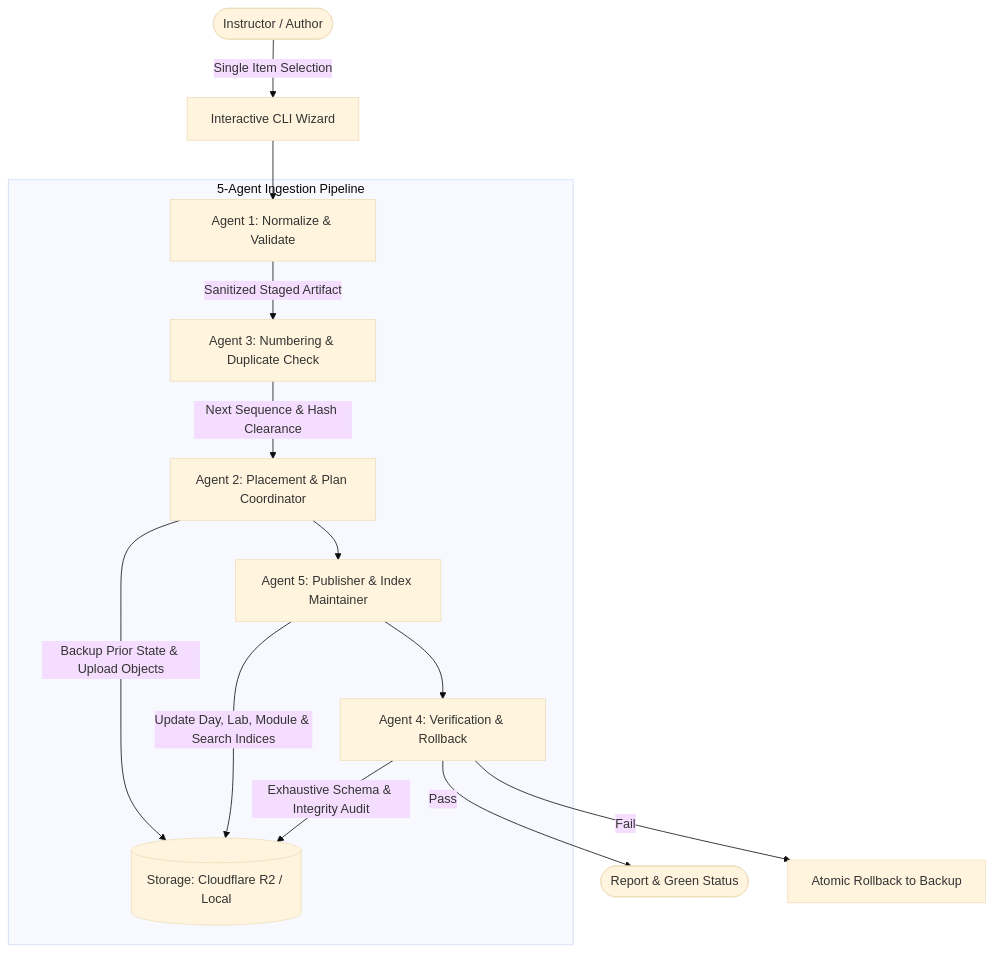
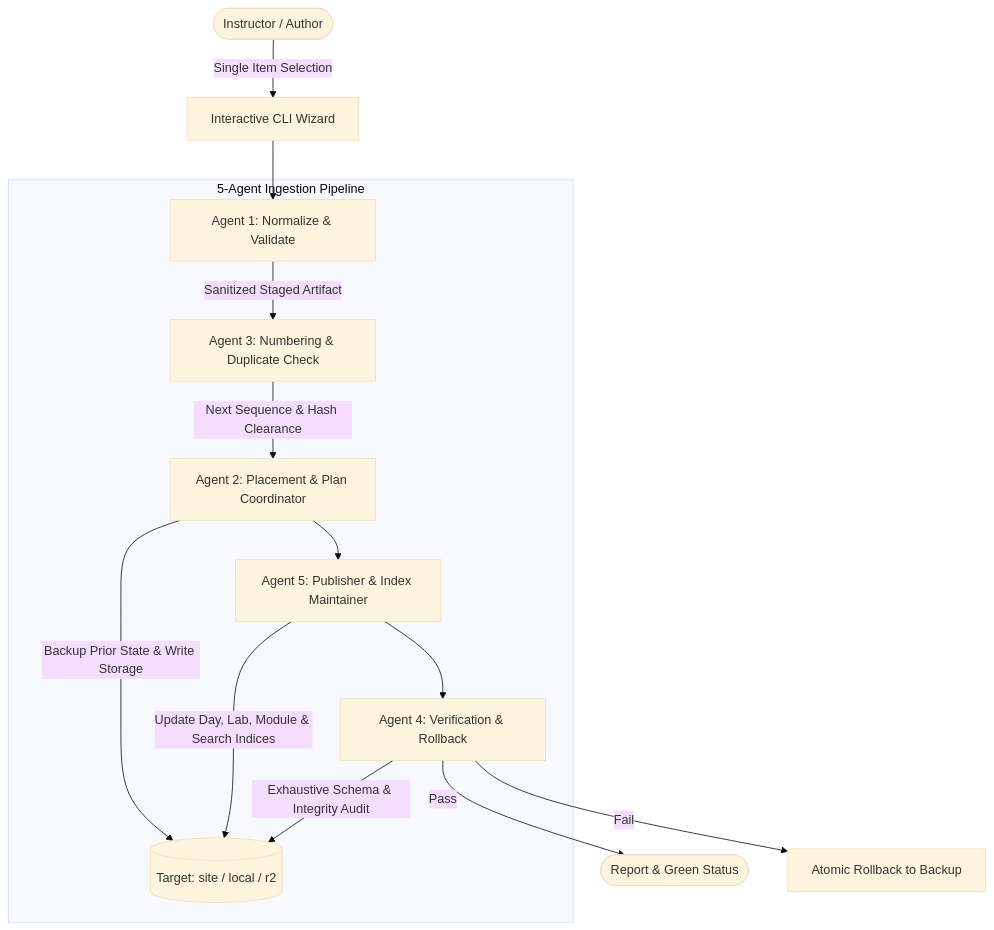
One commit to Drylegend/ai13_transcripts changed the diagram in ingest/README.md. Above: the diagram before and after it, drawn with Mermaid (base theme). The commit also changed other lines of this file and 20 other files, not shown here.

Commit message:
feat: implement Prompt 8 zero-card site storage target and publish workflow

````diff
--- a/ingest/README.md
+++ b/ingest/README.md
@@ -13,18 +33,18 @@
 ```mermaid
 flowchart TD
     User([Instructor / Author]) -->|Single Item Selection| CLI[Interactive CLI Wizard]
     CLI --> A1[Agent 1: Normalize & Validate]
     
     subgraph Pipeline [5-Agent Ingestion Pipeline]
         A1 -->|Sanitized Staged Artifact| A3[Agent 3: Numbering & Duplicate Check]
         A3 -->|Next Sequence & Hash Clearance| A2[Agent 2: Placement & Plan Coordinator]
-        A2 -->|Backup Prior State & Upload Objects| S[(Storage: Cloudflare R2 / Local)]
+        A2 -->|Backup Prior State & Write Storage| S[(Target: site / local / r2)]
         A2 --> A5[Agent 5: Publisher & Index Maintainer]
         A5 -->|Update Day, Lab, Module & Search Indices| S
         A5 --> A4[Agent 4: Verification & Rollback]
         A4 -->|Exhaustive Schema & Integrity Audit| S
     end
 
     A4 -->|Pass| Success([Report & Green Status])
     A4 -->|Fail| Rollback[Atomic Rollback to Backup]
 ```
````
